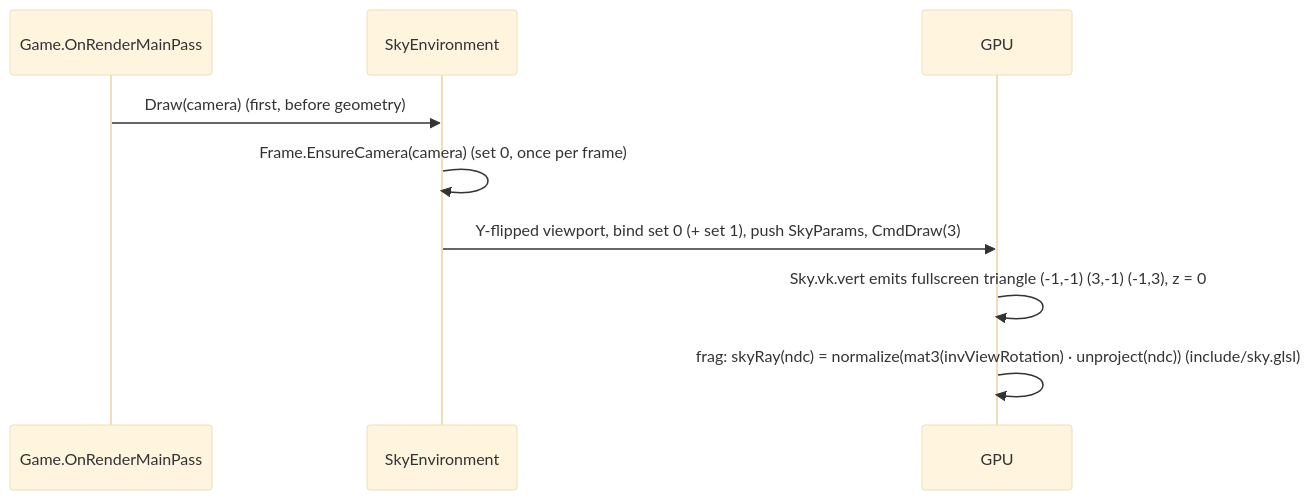
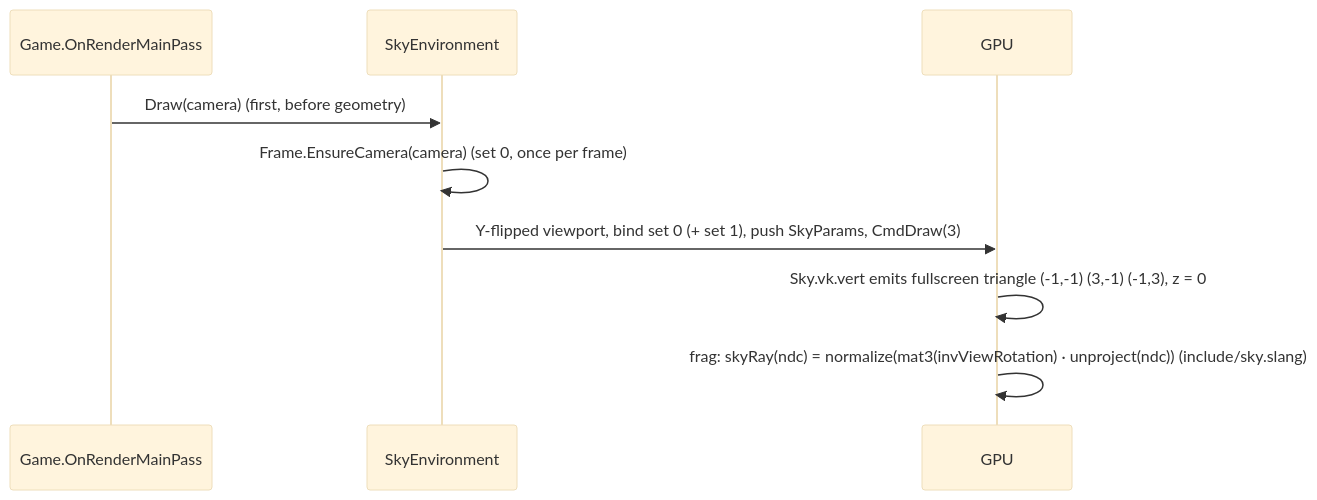
One commit to Mainframe-Games/mainframe-engine changed the diagram in docs/design/sky.md. Above: the diagram before and after it, drawn with Mermaid (base theme). The commit also changed 201 other files, not shown here.

````diff
--- a/docs/design/sky.md
+++ b/docs/design/sky.md
@@ -64,11 +64,11 @@
 ```mermaid
 sequenceDiagram
     participant G as Game.OnRenderMainPass
     participant S as SkyEnvironment
     participant GPU
     G->>S: Draw(camera)  (first, before geometry)
     S->>S: Frame.EnsureCamera(camera) (set 0, once per frame)
     S->>GPU: Y-flipped viewport, bind set 0 (+ set 1), push SkyParams, CmdDraw(3)
     GPU->>GPU: Sky.vk.vert emits fullscreen triangle (-1,-1) (3,-1) (-1,3), z = 0
-    GPU->>GPU: frag: skyRay(ndc) = normalize(mat3(invViewRotation) · unproject(ndc)) (include/sky.glsl)
+    GPU->>GPU: frag: skyRay(ndc) = normalize(mat3(invViewRotation) · unproject(ndc)) (include/sky.slang)
 ```
````
